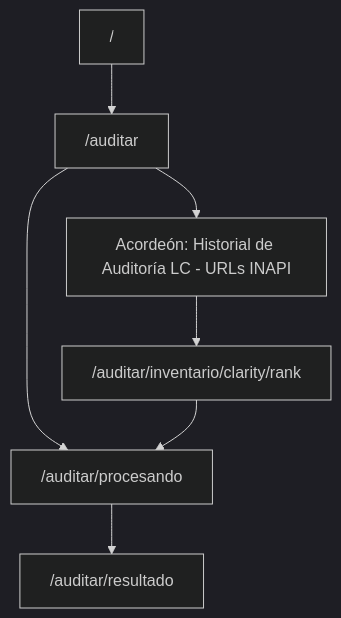
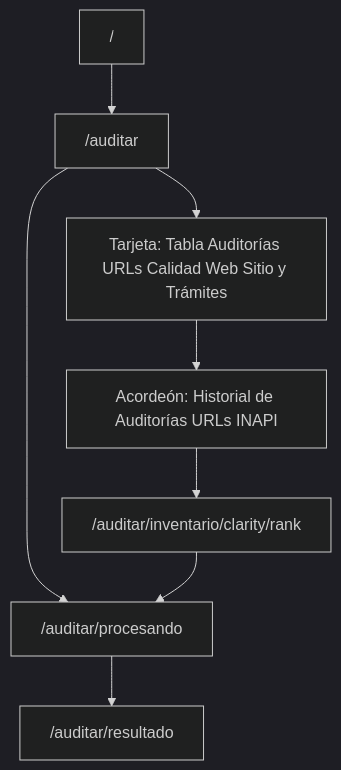
The diagram in docs/ux/inventario-urls-clarity.md (Fernandodesign96/lc-inapi.app), drawn with Mermaid (dark theme) before and after one commit. The commit also changed other lines of this file and 7 other files, not shown here.

Commit message:
docs(inventario): type_url, rank 1 Trámites y 22 URLs Sitio Web Documentar corrección rank 1 (tramites.inapi.cl), campo type_url, ranks 21–22 sitioweb, filtro Trámites/Sitio Web planificado (Etapa 5b) y paradoja Clarity Sitio Web vs dominio tramites.

````diff
--- a/docs/ux/inventario-urls-clarity.md
+++ b/docs/ux/inventario-urls-clarity.md
@@ -155,9 +203,10 @@
 ```mermaid
 flowchart TB
   Home["/"] --> Auditar["/auditar"]
   Auditar --> Procesando["/auditar/procesando"]
   Procesando --> Resultado["/auditar/resultado"]
-  Auditar --> AccordionHistorial["Acordeón: Historial de Auditoría LC - URLs INAPI"]
+  Auditar --> CardInventario["Tarjeta: Tabla Auditorías URLs Calidad Web Sitio y Trámites"]
+  CardInventario --> AccordionHistorial["Acordeón: Historial de Auditorías URLs INAPI"]
   AccordionHistorial --> Ficha["/auditar/inventario/clarity/rank"]
   Ficha --> Procesando
 ```
````
